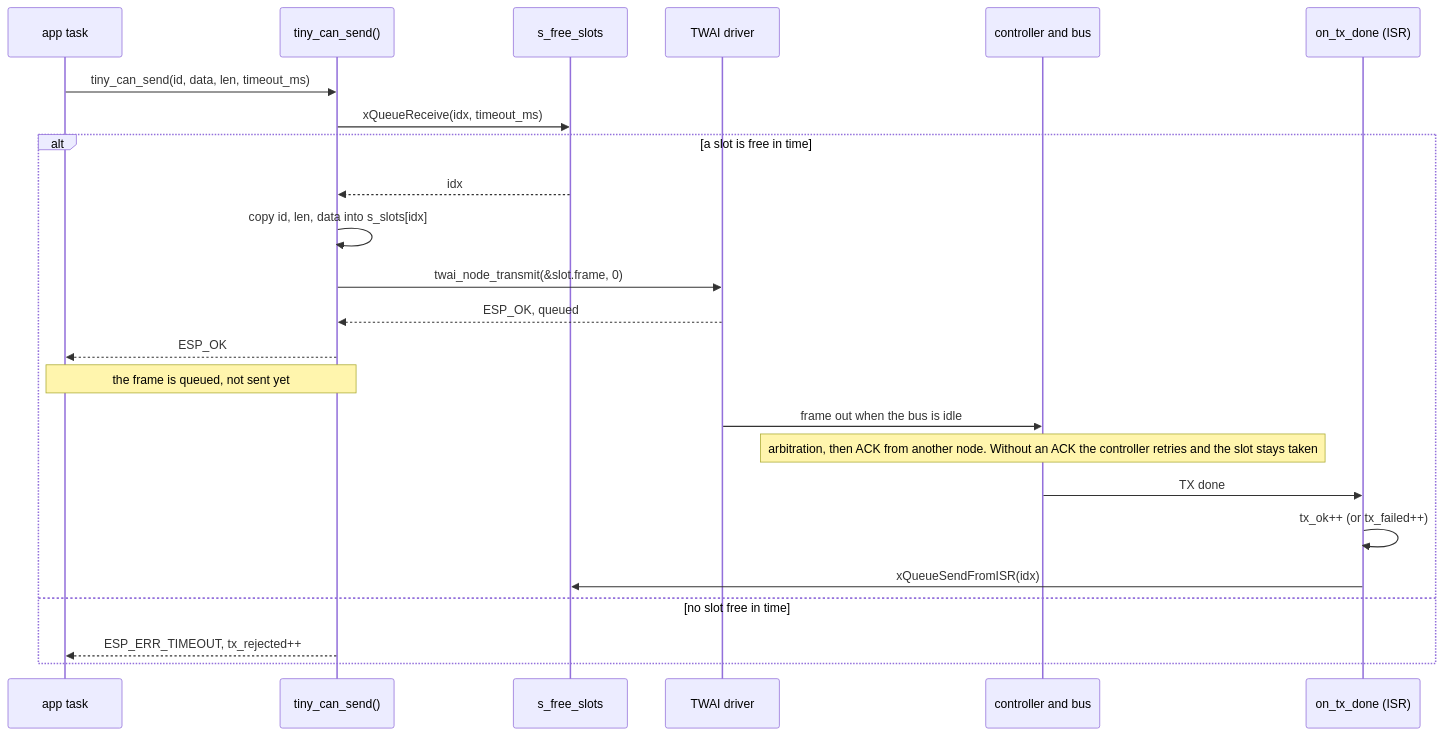
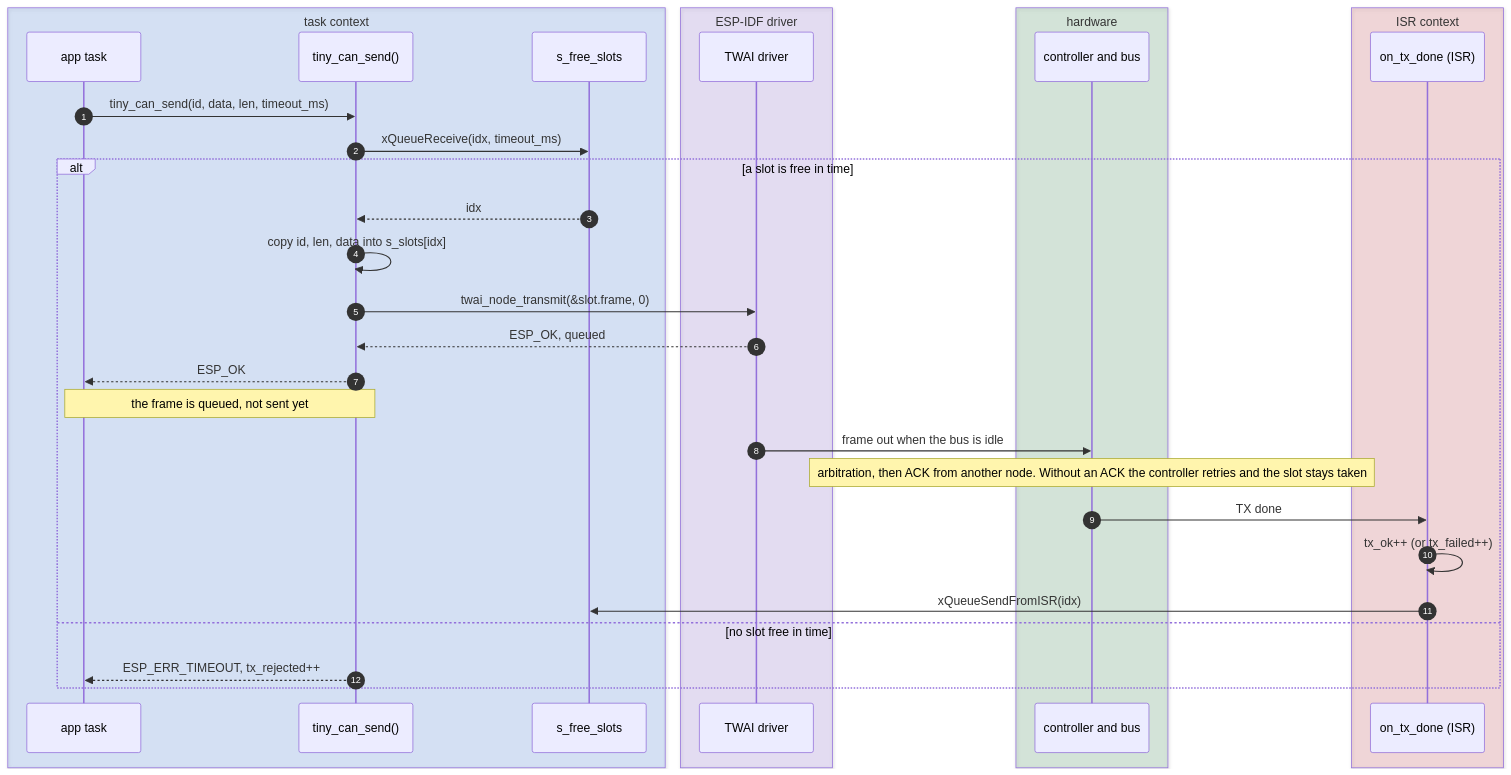
The second of 5 diagrams in components/tiny_can/README.md (shanirub/tiny-ecus), drawn with Mermaid before and after one commit. The commit also changed other lines of this file, not shown here.

First line of the commit message:
tiny_can diagrams: colour by execution context and state (#16)

````diff
--- a/components/tiny_can/README.md
+++ b/components/tiny_can/README.md
@@ -99,27 +108,36 @@
 ```mermaid
 sequenceDiagram
-    participant App as app task
-    participant TC as tiny_can_send()
-    participant Pool as s_free_slots
-    participant Drv as TWAI driver
-    participant Bus as controller and bus
-    participant ISR as on_tx_done (ISR)
+    autonumber
+    box rgba(31,111,235,0.15) task context
+        participant App as app task
+        participant TC as tiny_can_send()
+        participant Pool as s_free_slots
+    end
+    box rgba(130,80,223,0.15) ESP-IDF driver
+        participant Drv as TWAI driver
+    end
+    box rgba(26,127,55,0.15) hardware
+        participant Bus as controller and bus
+    end
+    box rgba(207,34,46,0.15) ISR context
+        participant ISR as on_tx_done (ISR)
+    end
 
     App->>TC: tiny_can_send(id, data, len, timeout_ms)
     TC->>Pool: xQueueReceive(idx, timeout_ms)
     alt a slot is free in time
         Pool-->>TC: idx
         TC->>TC: copy id, len, data into s_slots[idx]
         TC->>Drv: twai_node_transmit(&slot.frame, 0)
         Drv-->>TC: ESP_OK, queued
         TC-->>App: ESP_OK
         Note over App,TC: the frame is queued, not sent yet
         Drv->>Bus: frame out when the bus is idle
         Note over Bus: arbitration, then ACK from another node. Without an ACK the controller retries and the slot stays taken
         Bus->>ISR: TX done
         ISR->>ISR: tx_ok++ (or tx_failed++)
         ISR->>Pool: xQueueSendFromISR(idx)
     else no slot free in time
         TC-->>App: ESP_ERR_TIMEOUT, tx_rejected++
     end
 ```
````
